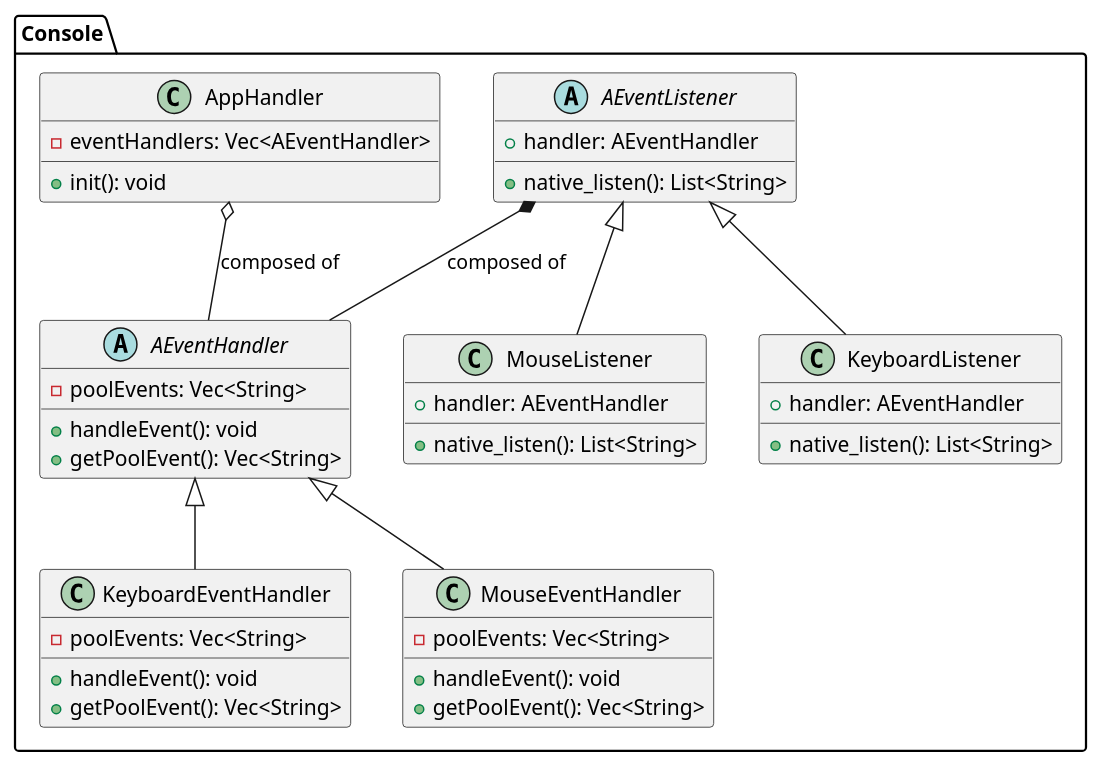
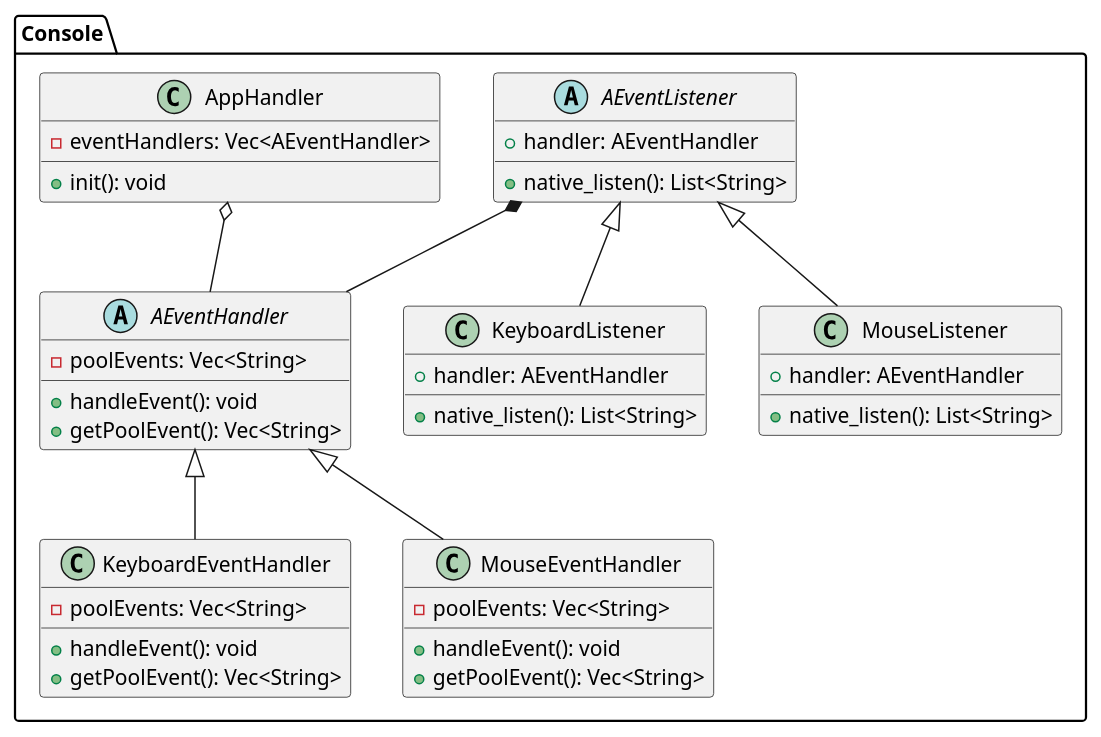
The diagram in uml/backend-software-system/input-listener.puml (Pending-Name-21/arquitecture), drawn with PlantUML before and after one commit.

Commit message:
refactor: deleting comments for relations arrows

```diff
--- a/uml/backend-software-system/input-listener.puml
+++ b/uml/backend-software-system/input-listener.puml
@@ -1,53 +1,53 @@
 @startuml input-listener-console
 package "Console" {
 
     abstract class AEventListener {
         +handler: AEventHandler
         +native_listen(): List<String>
     }
 
     class KeyboardListener {
         +handler: AEventHandler
         +native_listen(): List<String>
     }
 
     class MouseListener {
         +handler: AEventHandler
         +native_listen(): List<String>
     }
 
     AEventListener <|-- KeyboardListener
     AEventListener <|-- MouseListener
 
     abstract class AEventHandler {
         -poolEvents: Vec<String>
         +handleEvent(): void
         +getPoolEvent(): Vec<String>
     }
 
     class KeyboardEventHandler {
         -poolEvents: Vec<String>
         +handleEvent(): void
         +getPoolEvent(): Vec<String>
     }
 
     class MouseEventHandler {
         -poolEvents: Vec<String>
         +handleEvent(): void
         +getPoolEvent(): Vec<String>
     }
 
     AEventHandler <|-- KeyboardEventHandler
     AEventHandler <|-- MouseEventHandler
 
-    AEventListener *-- AEventHandler : "composed of"
+    AEventListener *-- AEventHandler 
 
     class AppHandler {
         -eventHandlers: Vec<AEventHandler>
         +init(): void
     }
 
-    AppHandler o-- AEventHandler : "composed of"
+    AppHandler o-- AEventHandler  
 
 }
 @enduml
```
